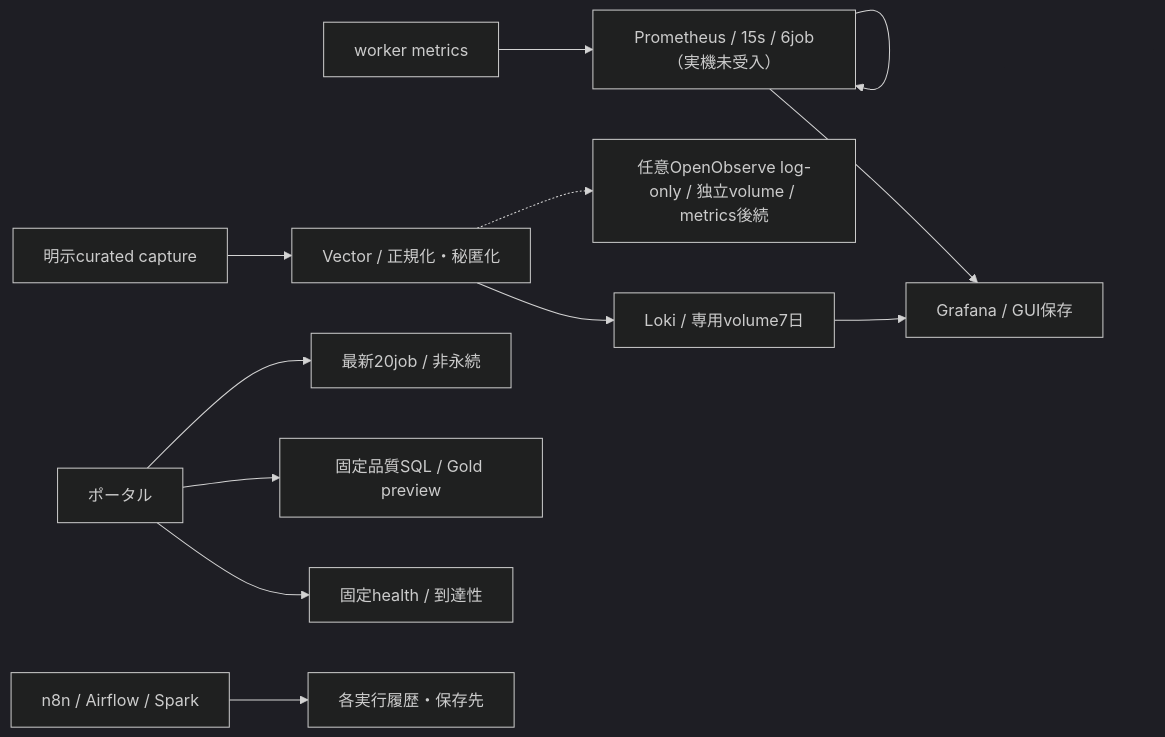
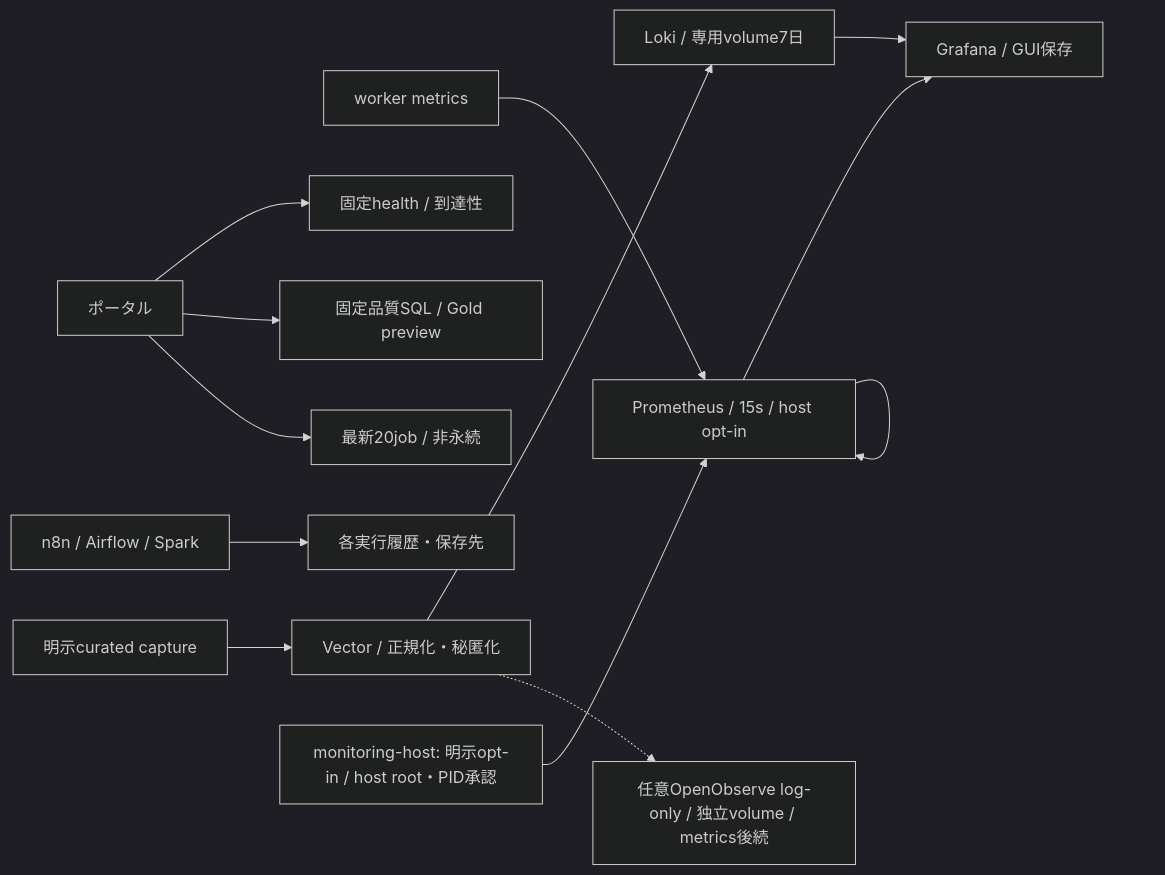
One commit to hiromura16/lakehouse-foundation changed the diagram in docs/reports/mermaid/10-observability.mmd. Above: the diagram before and after it, drawn with Mermaid (dark theme). The commit also changed 45 other files, not shown here.

Commit message:
fix: require explicit host monitoring and predeploy log workspace checks

```diff
--- a/docs/reports/mermaid/10-observability.mmd
+++ b/docs/reports/mermaid/10-observability.mmd
@@ -1,12 +1,13 @@
 flowchart LR
-  W["worker metrics"] --> P["Prometheus / 15s / 6job（実機未受入）"]
+  W["worker metrics"] --> P["Prometheus / 15s / host opt-in"]
   P --> G["Grafana / GUI保存"]
   P --> P
   Portal["ポータル"] --> Health["固定health / 到達性"]
   Portal --> Quality["固定品質SQL / Gold preview"]
   Portal --> Jobs["最新20job / 非永続"]
   Native["n8n / Airflow / Spark"] --> Logs["各実行履歴・保存先"]
   Capture["明示curated capture"] --> Vector["Vector / 正規化・秘匿化"]
   Vector --> Loki["Loki / 専用volume7日"]
   Loki --> G
   Vector -.-> OO["任意OpenObserve log-only / 独立volume / metrics後続"]
+  OptIn["monitoring-host: 明示opt-in / host root・PID承認"] --> P
```
